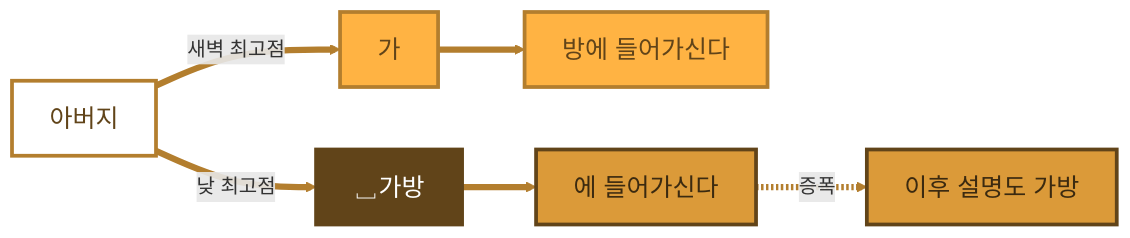
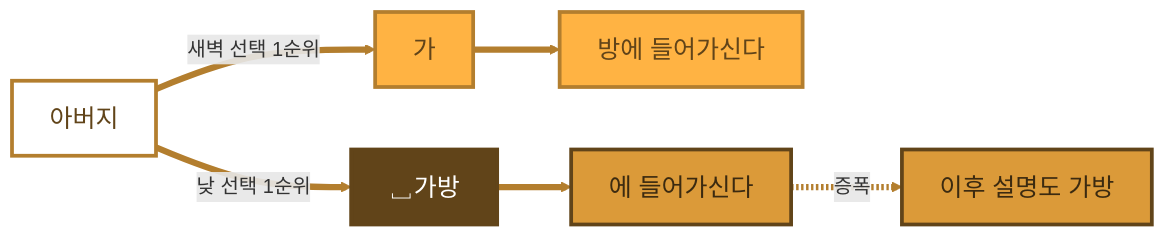
The first of 5 diagrams in llm-nondeterminism/llm-nondeterminism-blog.md (riverjin839/devopser), drawn with Mermaid before and after one commit. The commit also changed other lines of this file and 2 other files, not shown here.

````diff
--- a/llm-nondeterminism/llm-nondeterminism-blog.md
+++ b/llm-nondeterminism/llm-nondeterminism-blog.md
@@ -39,16 +39,16 @@
 ```mermaid
 flowchart LR
-    A["아버지"] -->|새벽 최고점| B["가"]
-    A -->|낮 최고점| C["␣가방"]
+    A["아버지"] -->|새벽 선택 1순위| B["가"]
+    A -->|낮 선택 1순위| C["␣가방"]
     B --> D["방에 들어가신다"]
     C --> E["에 들어가신다"] -.->|증폭| F["이후 설명도 가방"]
     classDef base fill:#FFB343,stroke:#B37E2E,stroke-width:3px,color:#614419,font-size:20px;
     classDef accent fill:#DB9A39,stroke:#614419,stroke-width:3px,color:#3B2A10,font-size:20px;
     classDef core fill:#614419,stroke:#614419,stroke-width:3px,color:#fff,font-size:20px;
     classDef io fill:#FFFFFF,stroke:#B37E2E,stroke-width:3px,color:#614419,font-size:20px;
     class A io;
     class B,D base;
     class E,F accent;
     class C core;
     linkStyle default stroke:#B37E2E,stroke-width:5px;
 ```
````
